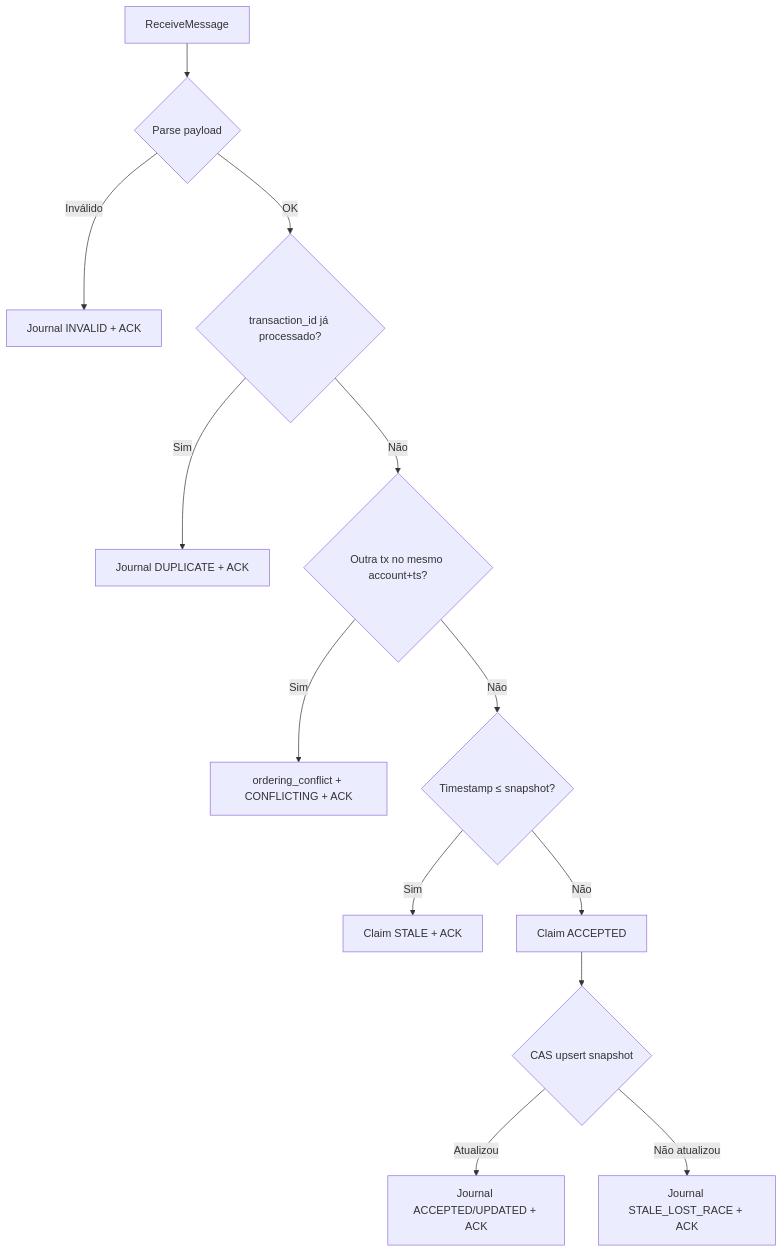
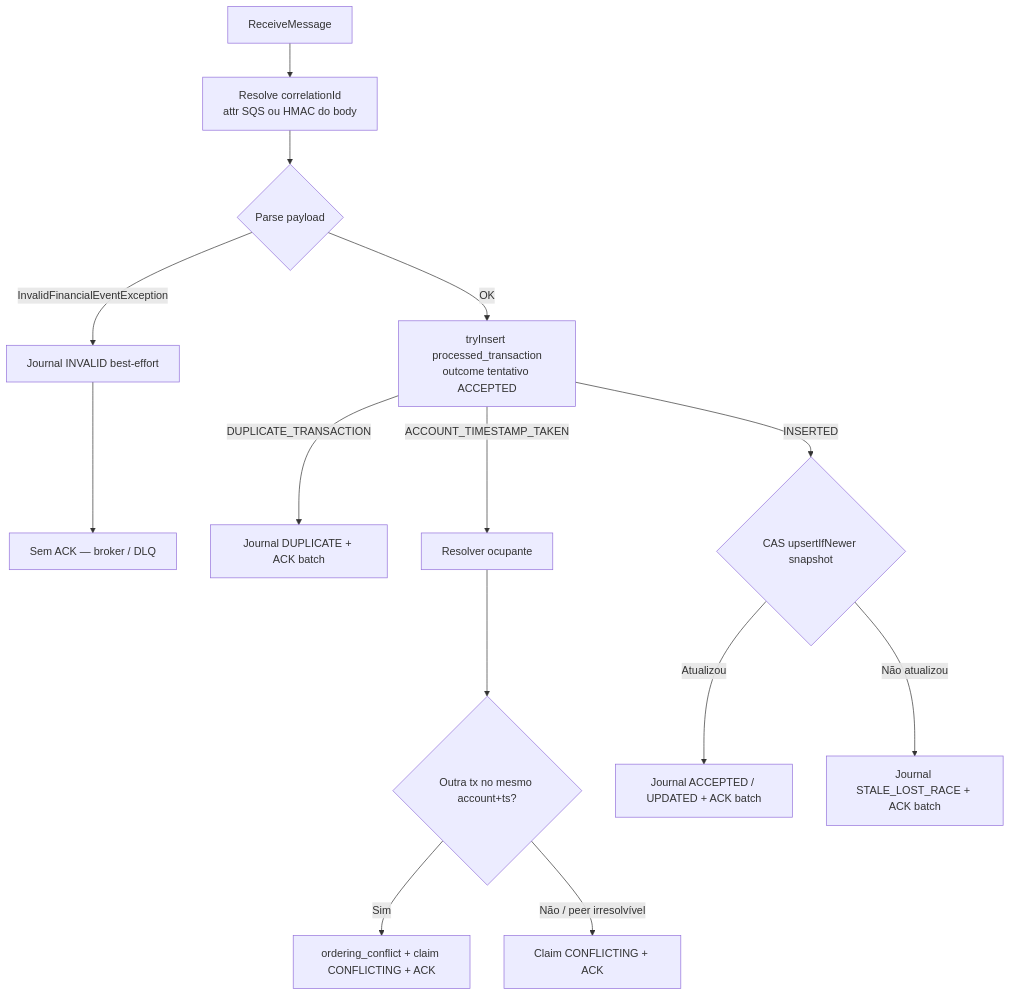
The second of 8 diagrams in docs/fluxos-principais.md (lordssa/banking-account-balance-service), drawn with Mermaid before and after one commit. The commit also changed other lines of this file and 85 other files, not shown here.

````diff
--- a/docs/fluxos-principais.md
+++ b/docs/fluxos-principais.md
@@ -30,15 +41,16 @@
 ```mermaid
 flowchart TD
-  A[ReceiveMessage] --> B{Parse payload}
-  B -->|Inválido| I[Journal INVALID + ACK]
-  B -->|OK| C{transaction_id já processado?}
-  C -->|Sim| D[Journal DUPLICATE + ACK]
-  C -->|Não| E{Outra tx no mesmo account+ts?}
-  E -->|Sim| F[ordering_conflict + CONFLICTING + ACK]
-  E -->|Não| G{Timestamp ≤ snapshot?}
-  G -->|Sim| H[Claim STALE + ACK]
-  G -->|Não| J[Claim ACCEPTED]
-  J --> K{CAS upsert snapshot}
-  K -->|Atualizou| L[Journal ACCEPTED/UPDATED + ACK]
-  K -->|Não atualizou| M[Journal STALE_LOST_RACE + ACK]
+  A[ReceiveMessage] --> Corr[Resolve correlationId<br/>attr SQS ou HMAC do body]
+  Corr --> B{Parse payload}
+  B -->|InvalidFinancialEventException| I[Journal INVALID best-effort]
+  I --> NoAck1[Sem ACK — broker / DLQ]
+  B -->|OK| C["tryInsert processed_transaction<br/>outcome tentativo ACCEPTED"]
+  C -->|DUPLICATE_TRANSACTION| D[Journal DUPLICATE + ACK batch]
+  C -->|ACCOUNT_TIMESTAMP_TAKEN| E[Resolver ocupante]
+  E --> E1{Outra tx no mesmo account+ts?}
+  E1 -->|Sim| F[ordering_conflict + claim CONFLICTING + ACK]
+  E1 -->|Não / peer irresolvível| F2[Claim CONFLICTING + ACK]
+  C -->|INSERTED| K{CAS upsertIfNewer snapshot}
+  K -->|Atualizou| L[Journal ACCEPTED / UPDATED + ACK batch]
+  K -->|Não atualizou| M[Journal STALE_LOST_RACE + ACK batch]
 ```
````
